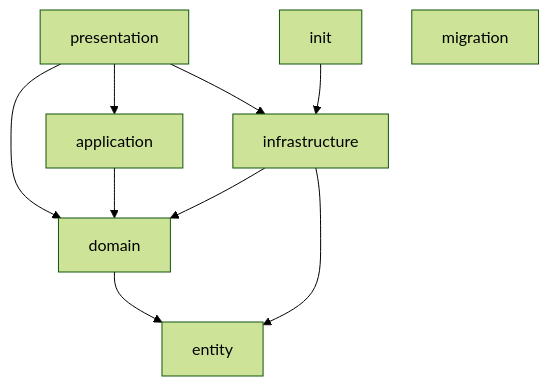
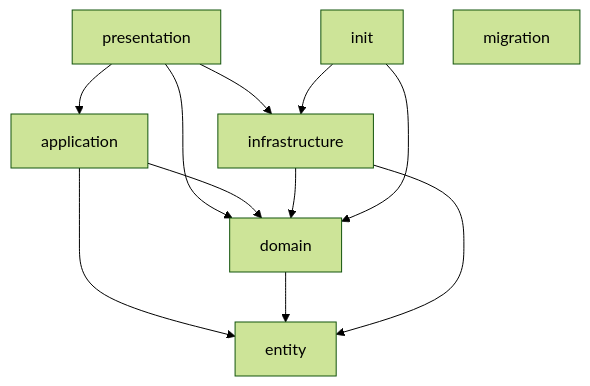
Before and after one commit to Myxogastria0808/dashi-server: the first of 4 diagrams in README.md, drawn with Mermaid (forest theme).

````diff
--- a/README.md
+++ b/README.md
@@ -27,12 +27,14 @@
 ```mermaid
 flowchart TD
     presentation --> application
     presentation --> domain
     presentation --> infrastructure
     application --> domain
+    application --> entity
     domain --> entity
     infrastructure --> domain
     infrastructure --> entity
     init --> infrastructure
+    init --> domain
     migration
 ```
````
